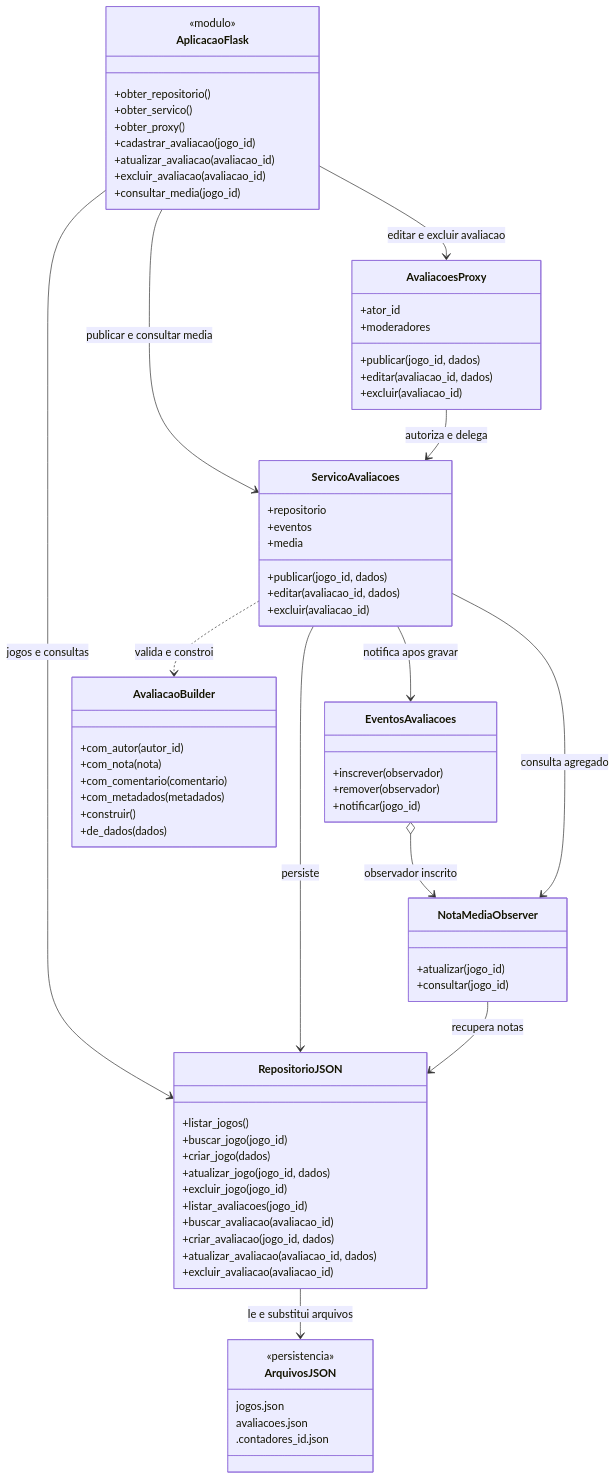
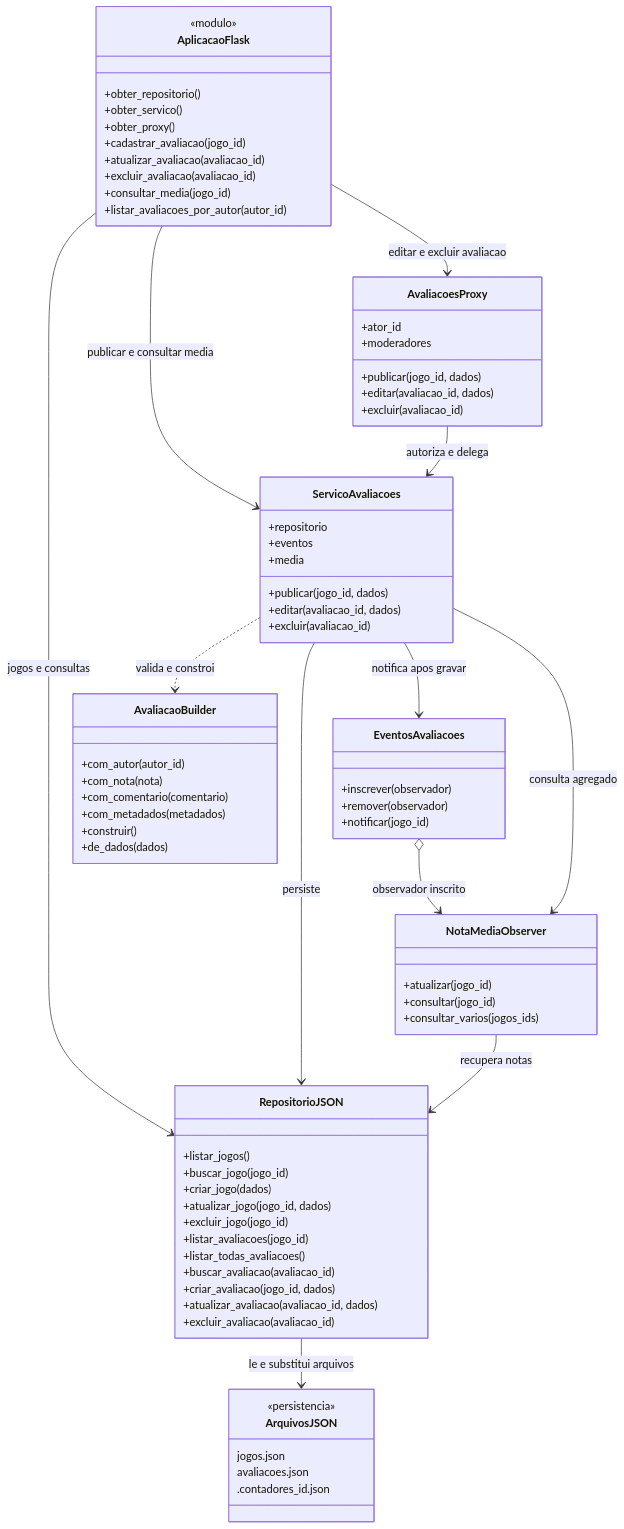
The first of 2 diagrams in documentacao/arquitetura-e-padroes.md (GaabrielLr415/Gerenciador-de-Avalia-es-de-Jogos), drawn with Mermaid before and after one commit. The commit also changed other lines of this file and 44 other files, not shown here.

````diff
--- a/documentacao/arquitetura-e-padroes.md
+++ b/documentacao/arquitetura-e-padroes.md
@@ -28,74 +42,77 @@
 ```mermaid
 classDiagram
     class AplicacaoFlask {
         <<modulo>>
         +obter_repositorio()
         +obter_servico()
         +obter_proxy()
         +cadastrar_avaliacao(jogo_id)
         +atualizar_avaliacao(avaliacao_id)
         +excluir_avaliacao(avaliacao_id)
         +consultar_media(jogo_id)
+        +listar_avaliacoes_por_autor(autor_id)
     }
     class AvaliacaoBuilder {
         +com_autor(autor_id)
         +com_nota(nota)
         +com_comentario(comentario)
         +com_metadados(metadados)
         +construir()
         +de_dados(dados)
     }
     class AvaliacoesProxy {
         +ator_id
         +moderadores
         +publicar(jogo_id, dados)
         +editar(avaliacao_id, dados)
         +excluir(avaliacao_id)
     }
     class ServicoAvaliacoes {
         +repositorio
         +eventos
         +media
         +publicar(jogo_id, dados)
         +editar(avaliacao_id, dados)
         +excluir(avaliacao_id)
     }
     class EventosAvaliacoes {
         +inscrever(observador)
         +remover(observador)
         +notificar(jogo_id)
     }
     class NotaMediaObserver {
         +atualizar(jogo_id)
         +consultar(jogo_id)
+        +consultar_varios(jogos_ids)
     }
     class RepositorioJSON {
         +listar_jogos()
         +buscar_jogo(jogo_id)
         +criar_jogo(dados)
         +atualizar_jogo(jogo_id, dados)
         +excluir_jogo(jogo_id)
         +listar_avaliacoes(jogo_id)
+        +listar_todas_avaliacoes()
         +buscar_avaliacao(avaliacao_id)
         +criar_avaliacao(jogo_id, dados)
         +atualizar_avaliacao(avaliacao_id, dados)
         +excluir_avaliacao(avaliacao_id)
     }
     class ArquivosJSON {
         <<persistencia>>
         jogos.json
         avaliacoes.json
         .contadores_id.json
     }
     AplicacaoFlask --> RepositorioJSON : jogos e consultas
     AplicacaoFlask --> ServicoAvaliacoes : publicar e consultar media
     AplicacaoFlask --> AvaliacoesProxy : editar e excluir avaliacao
     AvaliacoesProxy --> ServicoAvaliacoes : autoriza e delega
     ServicoAvaliacoes ..> AvaliacaoBuilder : valida e constroi
     ServicoAvaliacoes --> RepositorioJSON : persiste
     ServicoAvaliacoes --> EventosAvaliacoes : notifica apos gravar
     ServicoAvaliacoes --> NotaMediaObserver : consulta agregado
     EventosAvaliacoes o--> NotaMediaObserver : observador inscrito
     NotaMediaObserver --> RepositorioJSON : recupera notas
     RepositorioJSON --> ArquivosJSON : le e substitui arquivos
 ```
````
